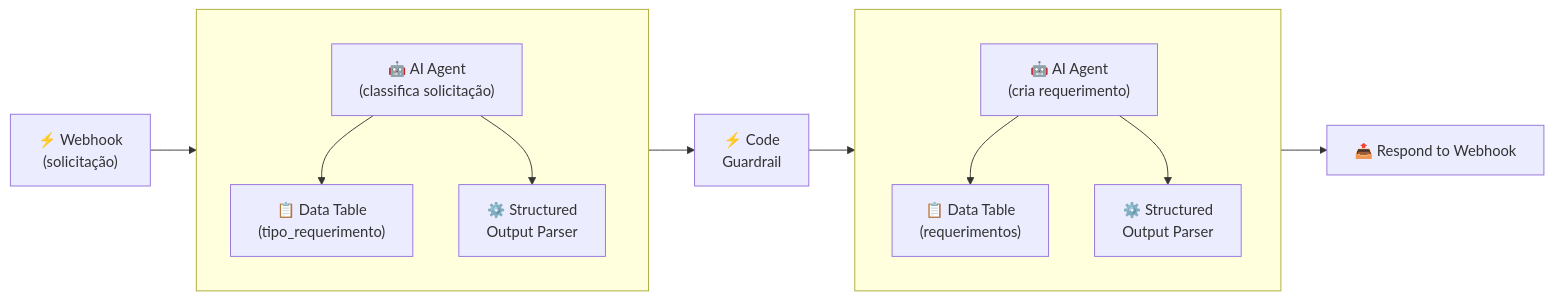
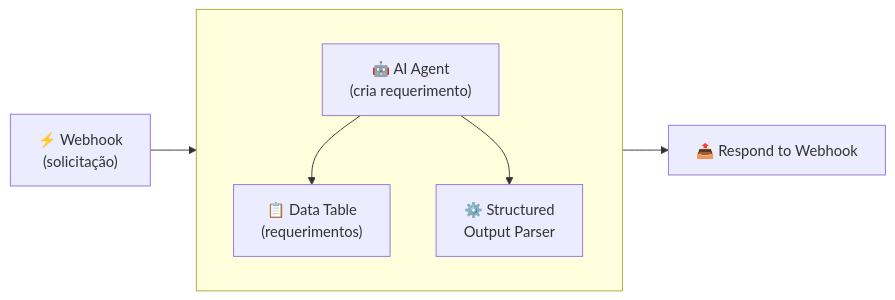
Before and after one commit to jcguimaraesnet/course-intelligent-agents: the first of 3 diagrams in pages/n8n/slide-etapa9.md, drawn with Mermaid. The commit also changed other lines of this file, not shown here.

````diff
--- a/pages/n8n/slide-etapa9.md
+++ b/pages/n8n/slide-etapa9.md
@@ -19,17 +19,10 @@
 ```mermaid {theme: 'dark'}
 flowchart LR
-    ET["⚡ Webhook<br/>(solicitação)"] --> Sub1
+    ET["⚡ Webhook<br/>(solicitação)"] --> Sub2
     
-    subgraph Sub1 [" "]
-        B1["🤖 AI Agent<br/>(classifica solicitação)"] --> DT1["📋 Data Table<br/>(tipo_requerimento)"]
-        B1 --> SO1["⚙️ Structured<br/>Output Parser"]
-    end
-    
-    Sub1 --> CG["⚡ Code<br/>Guardrail"]
-    CG --> Sub2
     subgraph Sub2 [" "]
         AG["🤖 AI Agent<br/>(cria requerimento)"] --> DT2["📋 Data Table<br/>(requerimentos)"]
         AG --> SO2["⚙️ Structured<br/>Output Parser"]
     end
     Sub2 --> RW["📤 Respond to Webhook"]
 ```
````
